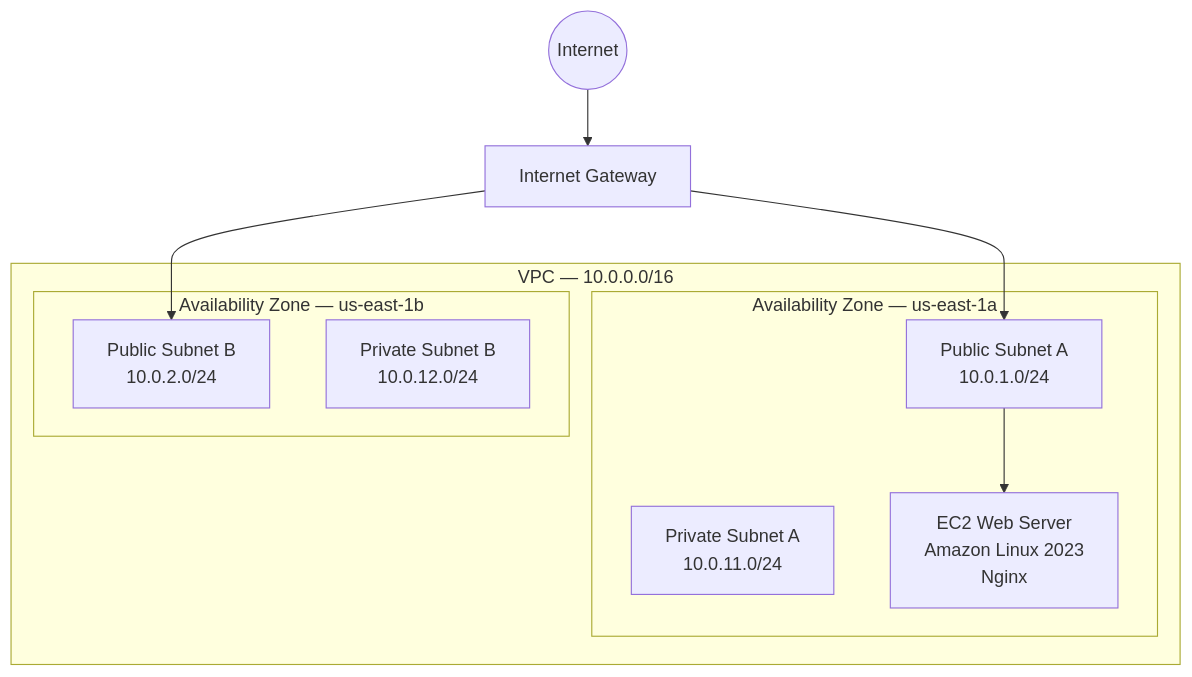
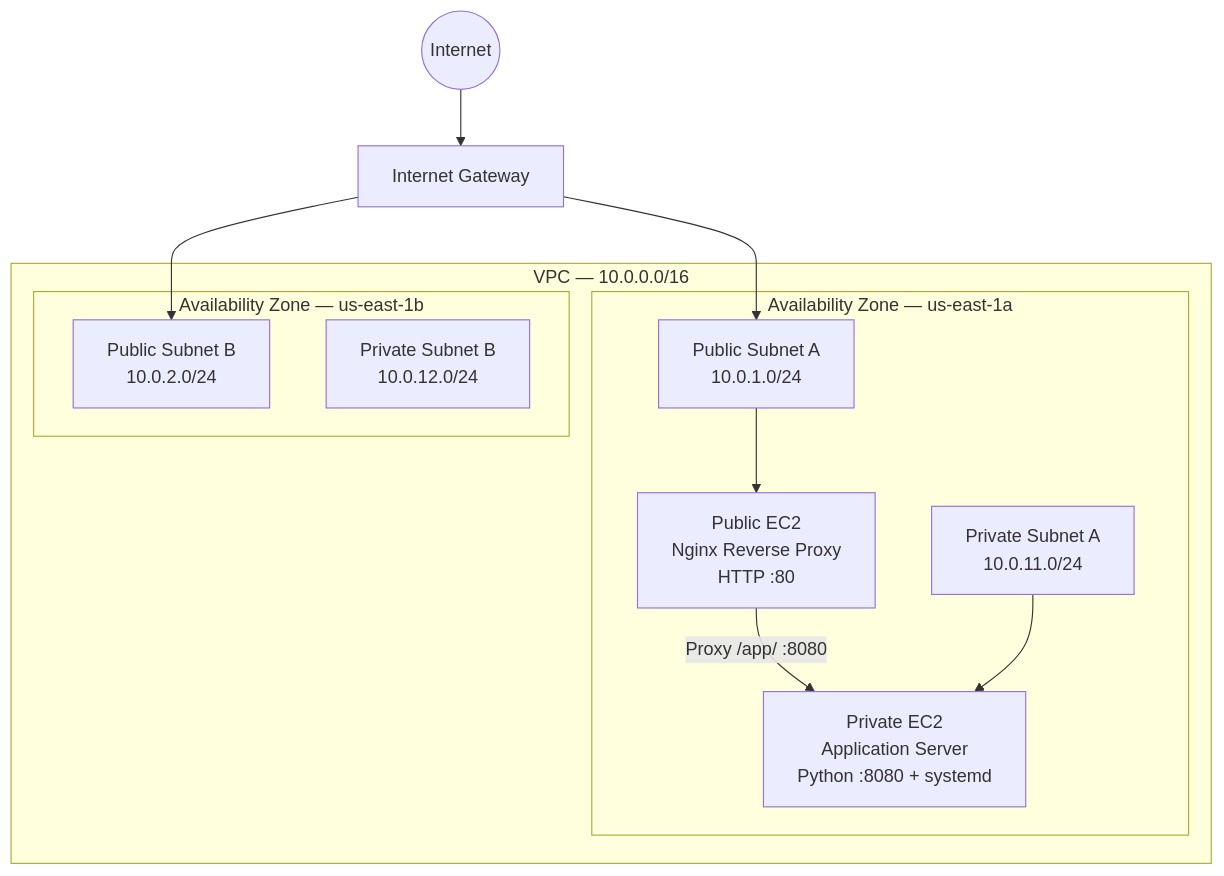
Before and after one commit to jeremydeh1/aws-cloud-infrastructure-lab: the diagram in README.md, drawn with Mermaid. The commit also changed other lines of this file and 1 other file, not shown here.

Commit message:
Add private app server and Nginx reverse proxy

````diff
--- a/README.md
+++ b/README.md
@@ -25,28 +28,36 @@
 ```mermaid
 flowchart TB
 
     Internet((Internet))
     IGW[Internet Gateway]
 
     Internet --> IGW
 
     subgraph VPC["VPC — 10.0.0.0/16"]
 
         subgraph AZA["Availability Zone — us-east-1a"]
+
             PublicA["Public Subnet A<br/>10.0.1.0/24"]
+            WebEC2["Public EC2<br/>Nginx Reverse Proxy<br/>HTTP :80"]
+
             PrivateA["Private Subnet A<br/>10.0.11.0/24"]
-            EC2["EC2 Web Server<br/>Amazon Linux 2023<br/>Nginx"]
+            PrivateApp["Private EC2<br/>Application Server<br/>Python :8080 + systemd"]
 
-            PublicA --> EC2
+            PublicA --> WebEC2
+            WebEC2 -->|Proxy /app/ :8080| PrivateApp
+            PrivateA --> PrivateApp
+
         end
 
         subgraph AZB["Availability Zone — us-east-1b"]
+
             PublicB["Public Subnet B<br/>10.0.2.0/24"]
             PrivateB["Private Subnet B<br/>10.0.12.0/24"]
+
         end
 
     end
 
     IGW --> PublicA
     IGW --> PublicB
 ```
````
